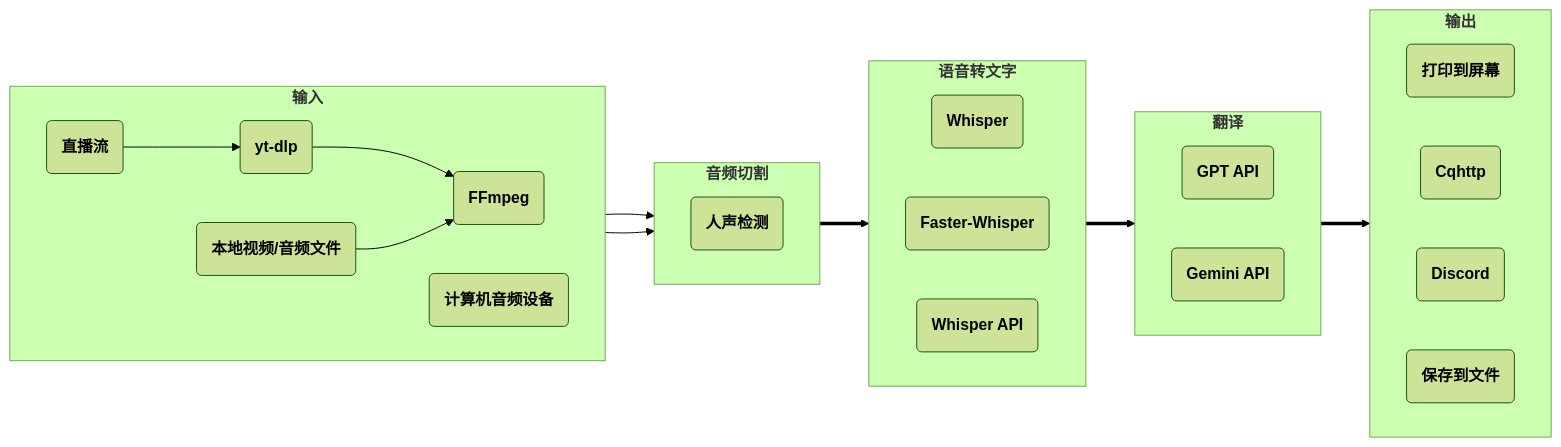
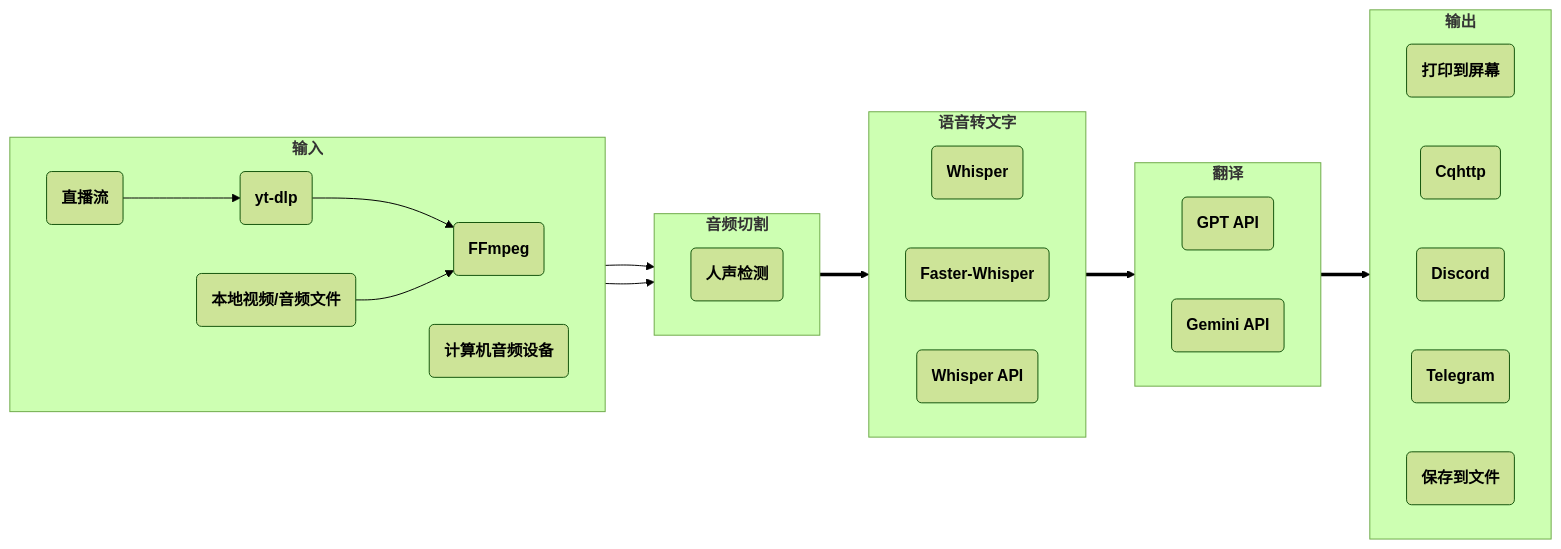
Before and after one commit to whizyre/stream-translator-gpt-deepseek: the diagram in README_CN.md, drawn with Mermaid (forest theme). The commit also changed other lines of this file and 1 other file, not shown here.

````diff
--- a/README_CN.md
+++ b/README_CN.md
@@ -7,41 +7,42 @@
 ```mermaid
 flowchart LR
     subgraph ga["`**输入**`"]
         direction LR
         aa("`**FFmpeg**`")
         ab("`**计算机音频设备**`")
         ac("`**yt-dlp**`")
         ad("`**本地视频/音频文件**`")
         ae("`**直播流**`")
         ac --> aa
         ad --> aa
         ae --> ac
     end
     subgraph gb["`**音频切割**`"]
         direction LR
         ba("`**人声检测**`")
     end
     subgraph gc["`**语音转文字**`"]
         direction LR
         ca("`**Whisper**`")
         cb("`**Faster-Whisper**`")
         cc("`**Whisper API**`")
     end
     subgraph gd["`**翻译**`"]
         direction LR
         da("`**GPT API**`")
         db("`**Gemini API**`")
     end
     subgraph ge["`**输出**`"]
         direction LR
         ea("`**打印到屏幕**`")
         eb("`**Cqhttp**`")
         ec("`**Discord**`")
-        ed("`**保存到文件**`")
+        ed("`**Telegram**`")
+        ee("`**保存到文件**`")
     end
     aa --> gb
     ab --> gb
     gb ==> gc
     gc ==> gd
     gd ==> ge
 ```
````
